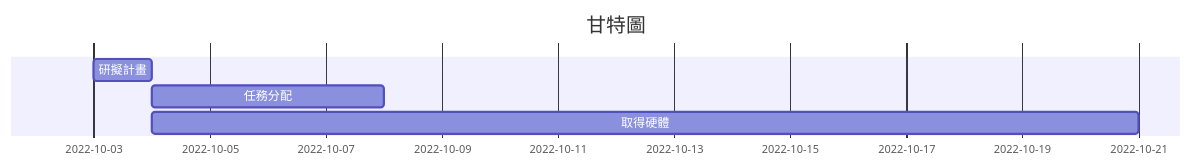
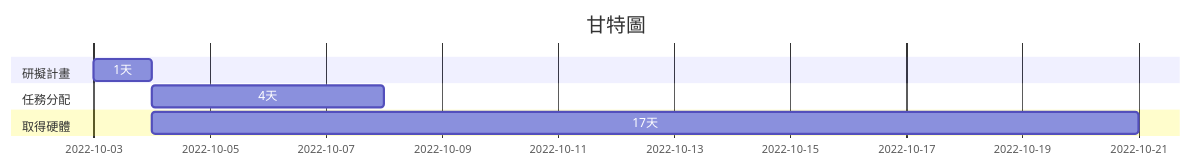
One commit to Hsxxnil/2022-3b changed the diagram in hw2.md. Above: the diagram before and after it, drawn with Mermaid.

````diff
--- a/hw2.md
+++ b/hw2.md
@@ -18,7 +18,12 @@
 ```mermaid
 gantt
     title 甘特圖
-    研擬計畫:a1, 2022-10-03, 1d
-    任務分配:after a1  , 4d
-    取得硬體:after a1  , 17d
+    section 研擬計畫
+    1天:a1, 2022-10-03, 1d
+    
+    section 任務分配
+    4天:after a1  , 4d
+    
+    section 取得硬體
+    17天:after a1  , 17d
 ```
````
